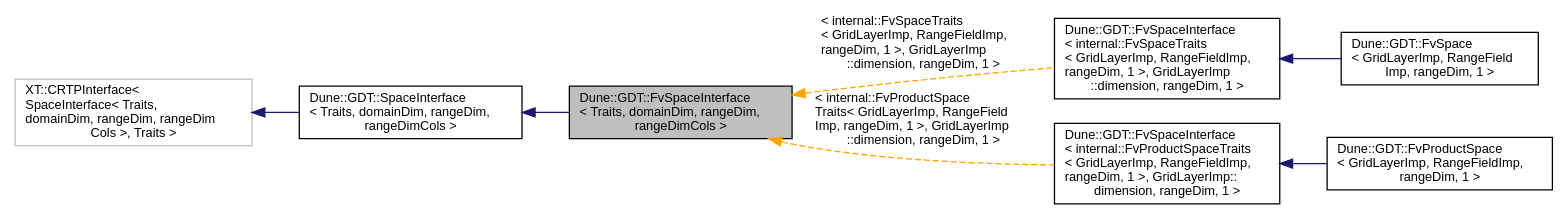
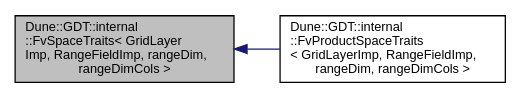
The diagram in docs/dune-gdt/master/a02628.dot (dune-community/dune-community.github.io), drawn with Graphviz before and after one commit. The commit also changed 1982 other files, not shown here.

Commit message:
Updated documentation for dune-gdt master

```diff
--- a/docs/dune-gdt/master/a02628.dot
+++ b/docs/dune-gdt/master/a02628.dot
@@ -1,19 +1,9 @@
-digraph "Dune::GDT::FvSpaceInterface&lt; Traits, domainDim, rangeDim, rangeDimCols &gt;"
+digraph "Dune::GDT::internal::FvSpaceTraits&lt; GridLayerImp, RangeFieldImp, rangeDim, rangeDimCols &gt;"
 {
   edge [fontname="Helvetica",fontsize="10",labelfontname="Helvetica",labelfontsize="10"];
   node [fontname="Helvetica",fontsize="10",shape=record];
   rankdir="LR";
-  Node0 [label="Dune::GDT::FvSpaceInterface\l\< Traits, domainDim, rangeDim,\l rangeDimCols \>",height=0.2,width=0.4,color="black", fillcolor="grey75", style="filled", fontcolor="black"];
-  Node1 -> Node0 [dir="back",color="midnightblue",fontsize="10",style="solid",fontname="Helvetica"];
-  Node1 [label="Dune::GDT::SpaceInterface\l\< Traits, domainDim, rangeDim,\l rangeDimCols \>",height=0.2,width=0.4,color="black", fillcolor="white", style="filled",URL="$a02701.html"];
-  Node2 -> Node1 [dir="back",color="midnightblue",fontsize="10",style="solid",fontname="Helvetica"];
-  Node2 [label="XT::CRTPInterface\<\l SpaceInterface\< Traits,\l domainDim, rangeDim, rangeDim\lCols \>, Traits \>",height=0.2,width=0.4,color="grey75", fillcolor="white", style="filled"];
-  Node0 -> Node3 [dir="back",color="orange",fontsize="10",style="dashed",label=" \< internal::FvSpaceTraits\l\< GridLayerImp, RangeFieldImp,\l rangeDim, 1 \>, GridLayerImp\l::dimension, rangeDim, 1 \>" ,fontname="Helvetica"];
-  Node3 [label="Dune::GDT::FvSpaceInterface\l\< internal::FvSpaceTraits\l\< GridLayerImp, RangeFieldImp,\l rangeDim, 1 \>, GridLayerImp\l::dimension, rangeDim, 1 \>",height=0.2,width=0.4,color="black", fillcolor="white", style="filled",URL="$a02629.html"];
-  Node3 -> Node4 [dir="back",color="midnightblue",fontsize="10",style="solid",fontname="Helvetica"];
-  Node4 [label="Dune::GDT::FvSpace\l\< GridLayerImp, RangeField\lImp, rangeDim, 1 \>",height=0.2,width=0.4,color="black", fillcolor="white", style="filled",URL="$a02625.html"];
-  Node0 -> Node5 [dir="back",color="orange",fontsize="10",style="dashed",label=" \< internal::FvProductSpace\lTraits\< GridLayerImp, RangeField\lImp, rangeDim, 1 \>, GridLayerImp\l::dimension, rangeDim, 1 \>" ,fontname="Helvetica"];
-  Node5 [label="Dune::GDT::FvSpaceInterface\l\< internal::FvProductSpaceTraits\l\< GridLayerImp, RangeFieldImp,\l rangeDim, 1 \>, GridLayerImp::\ldimension, rangeDim, 1 \>",height=0.2,width=0.4,color="black", fillcolor="white", style="filled",URL="$a02629.html"];
-  Node5 -> Node6 [dir="back",color="midnightblue",fontsize="10",style="solid",fontname="Helvetica"];
-  Node6 [label="Dune::GDT::FvProductSpace\l\< GridLayerImp, RangeFieldImp,\l rangeDim, 1 \>",height=0.2,width=0.4,color="black", fillcolor="white", style="filled",URL="$a02653.html"];
+  Node0 [label="Dune::GDT::internal\l::FvSpaceTraits\< GridLayer\lImp, RangeFieldImp, rangeDim,\l rangeDimCols \>",height=0.2,width=0.4,color="black", fillcolor="grey75", style="filled", fontcolor="black"];
+  Node0 -> Node1 [dir="back",color="midnightblue",fontsize="10",style="solid",fontname="Helvetica"];
+  Node1 [label="Dune::GDT::internal\l::FvProductSpaceTraits\l\< GridLayerImp, RangeFieldImp,\l rangeDim, rangeDimCols \>",height=0.2,width=0.4,color="black", fillcolor="white", style="filled",URL="$a02657.html"];
 }
```
